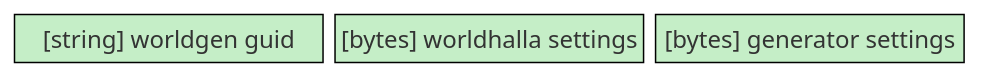
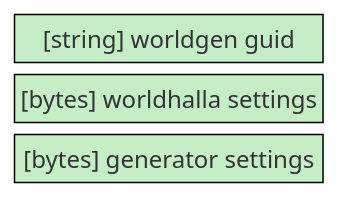
Before and after one commit to Gurebu/worldhalla: the third of 5 diagrams in README.md, drawn with Mermaid. The commit also changed other lines of this file, not shown here.

````diff
--- a/README.md
+++ b/README.md
@@ -97,9 +141,11 @@
 ```mermaid
 block-beta
-columns 3
-  guid["[string] worldgen guid"] own["[bytes] worldhalla settings"] blob["[bytes] generator settings"]
+columns 1
+  guid["[string] worldgen guid"]
+  own["[bytes] worldhalla settings"]
+  blob["[bytes] generator settings"]
 
 style guid fill:#c5eec7,stroke:#000,color:#000
 style own fill:#c5eec7,stroke:#000,color:#000
 style blob fill:#c5eec7,stroke:#000,color:#000
 ```
````
